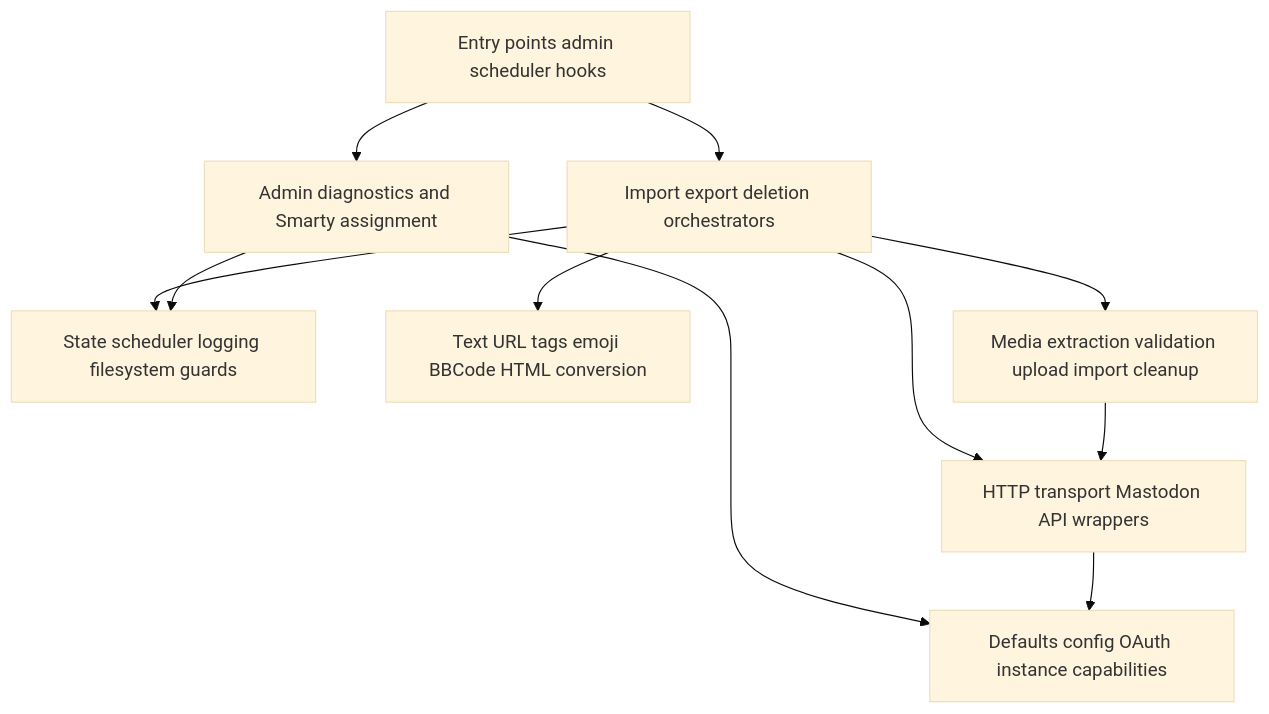
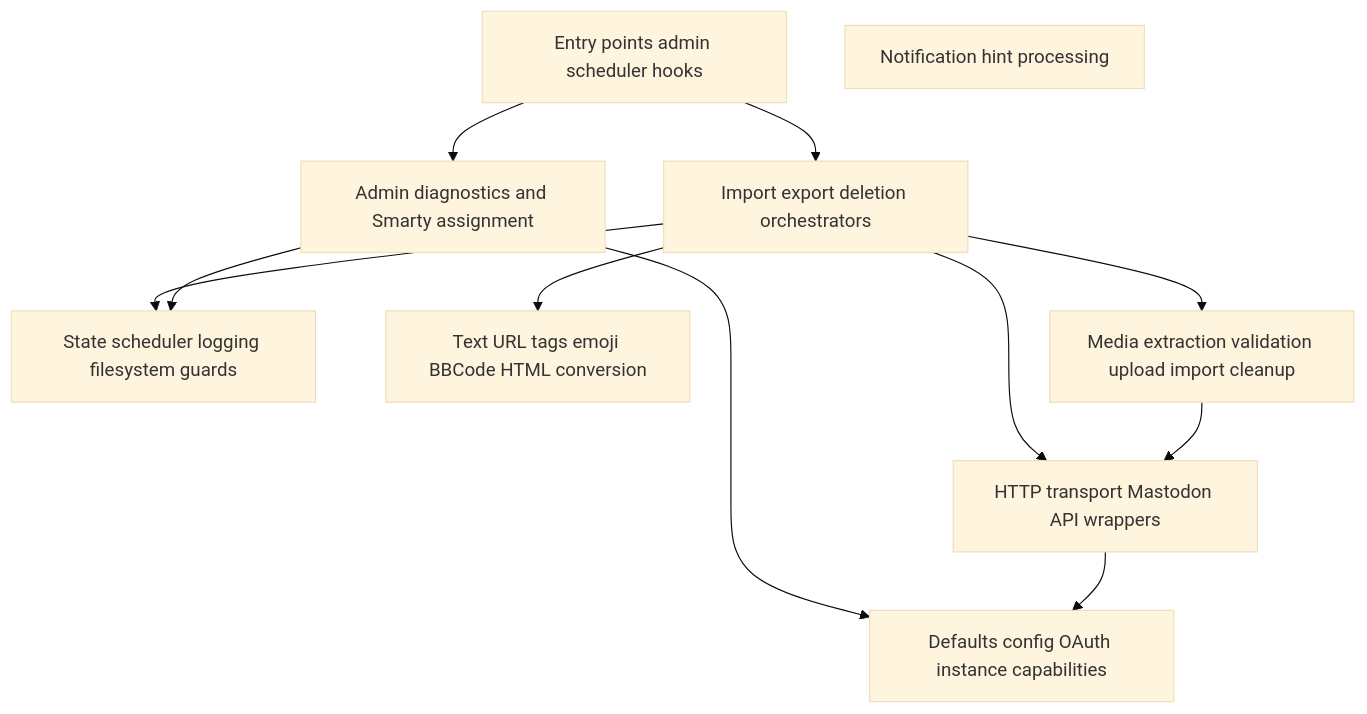
The diagram in fp-plugins/mastodon/developer-docs/03-Function-Process-Matrix.md (flatpressblog/flatpress), drawn with Mermaid (base theme) before and after one commit. The commit also changed other lines of this file and 25 other files, not shown here.

````diff
--- a/fp-plugins/mastodon/developer-docs/03-Function-Process-Matrix.md
+++ b/fp-plugins/mastodon/developer-docs/03-Function-Process-Matrix.md
@@ -35,22 +36,23 @@
 ```mermaid
 flowchart TD
     EntryPoints[Entry points admin scheduler hooks]
     Config[Defaults config OAuth instance capabilities]
     State[State scheduler logging filesystem guards]
     Text[Text URL tags emoji BBCode HTML conversion]
     Media[Media extraction validation upload import cleanup]
     API[HTTP transport Mastodon API wrappers]
     Sync[Import export deletion orchestrators]
+    Notifications[Notification hint processing]
     Admin[Admin diagnostics and Smarty assignment]
 
     EntryPoints --> Sync
     EntryPoints --> Admin
     Sync --> State
     Sync --> Text
     Sync --> Media
     Sync --> API
     Admin --> Config
     Admin --> State
     API --> Config
     Media --> API
 ```
````
